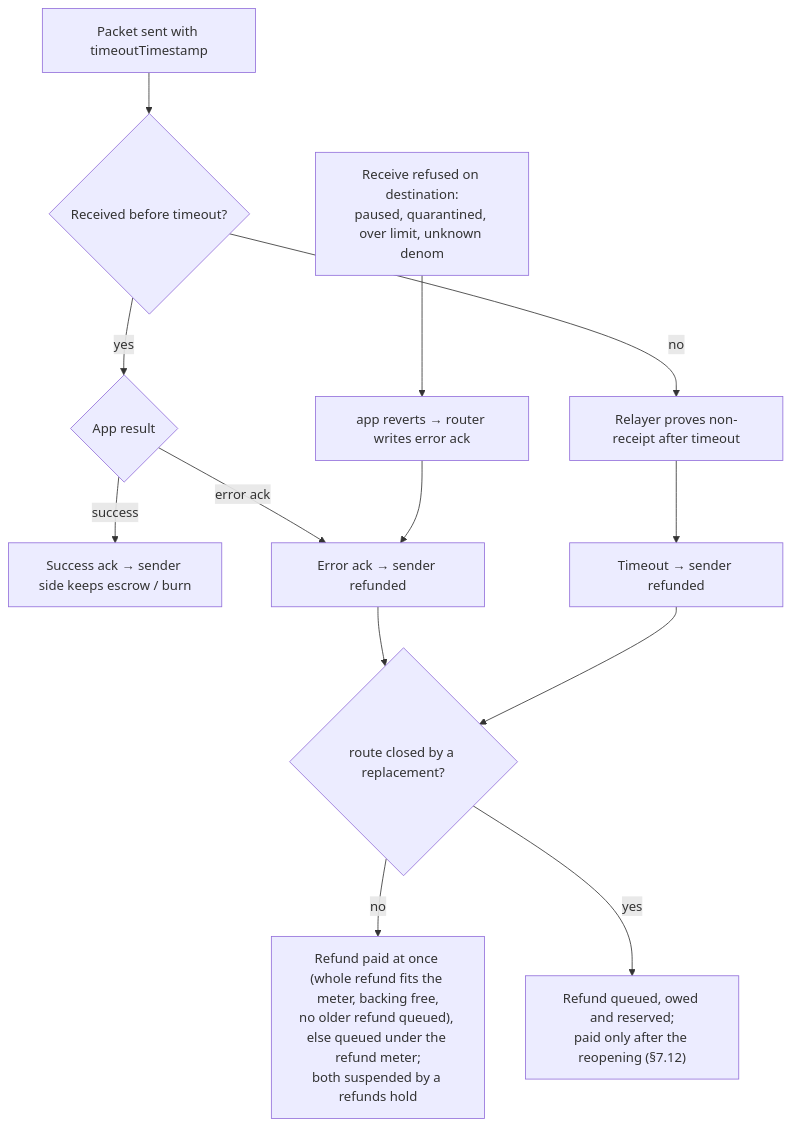
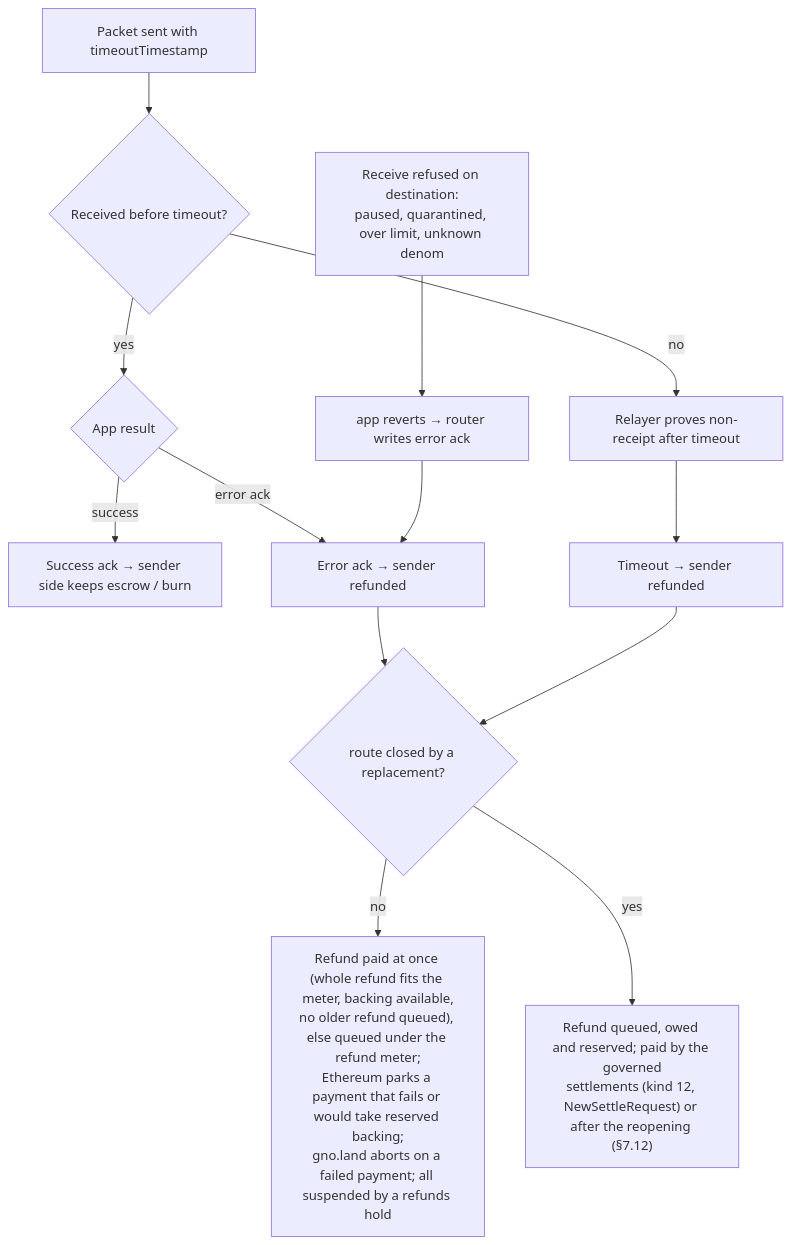
The fourth of 13 diagrams in gno.land/adr/pr6375_ibc_ethereum.md (gnolang/gno), drawn with Mermaid before and after one commit. The commit also changed other lines of this file, not shown here.

First line of the commit message:
docs(adr): fold the second review of the Ethereum IBC ADR alignment

````diff
--- a/gno.land/adr/pr6375_ibc_ethereum.md
+++ b/gno.land/adr/pr6375_ibc_ethereum.md
@@ -567,13 +573,13 @@
 ```mermaid
 flowchart TD
   S[Packet sent with timeoutTimestamp] --> Q{Received before timeout?}
   Q -- yes --> A{App result}
   A -- success --> OK[Success ack → sender side keeps escrow / burn]
   A -- error ack --> RF1[Error ack → sender refunded]
   Q -- no --> TO[Relayer proves non-receipt after timeout]
   TO --> RF2[Timeout → sender refunded]
   P[Receive refused on destination:<br/>paused, quarantined, over limit, unknown denom] --> A2[app reverts → router writes error ack] --> RF1
   RF1 & RF2 --> CLS{route closed by a replacement?}
-  CLS -- no --> N["Refund paid at once (whole refund fits the meter, backing free,<br/>no older refund queued), else queued under the refund meter;<br/>both suspended by a refunds hold"]
-  CLS -- yes --> W["Refund queued, owed and reserved;<br/>paid only after the reopening (§7.12)"]
+  CLS -- no --> N["Refund paid at once (whole refund fits the meter, backing available,<br/>no older refund queued), else queued under the refund meter;<br/>Ethereum parks a payment that fails or would take reserved backing;<br/>gno.land aborts on a failed payment; all suspended by a refunds hold"]
+  CLS -- yes --> W["Refund queued, owed and reserved; paid by the governed<br/>settlements (kind 12, NewSettleRequest) or after the reopening (§7.12)"]
 ```
````
